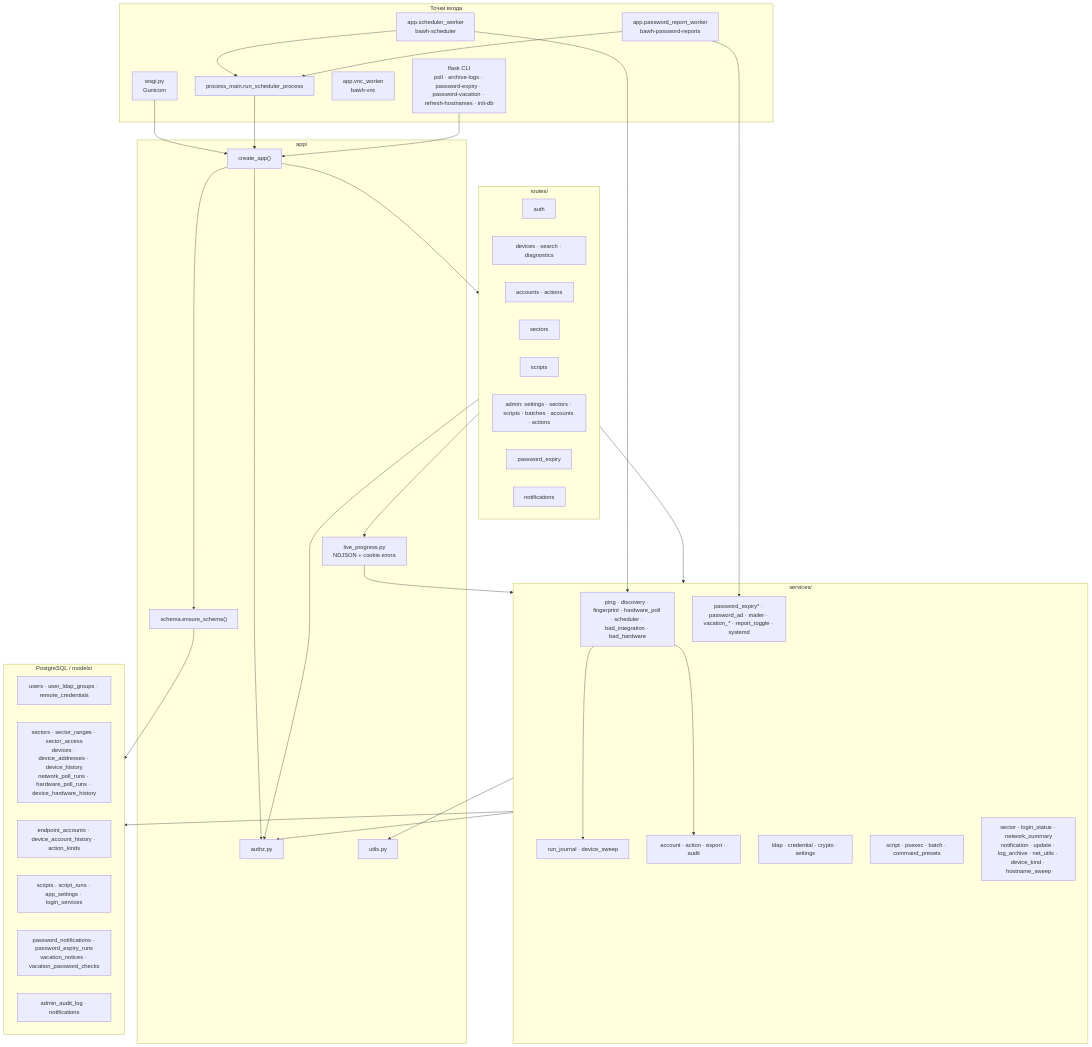
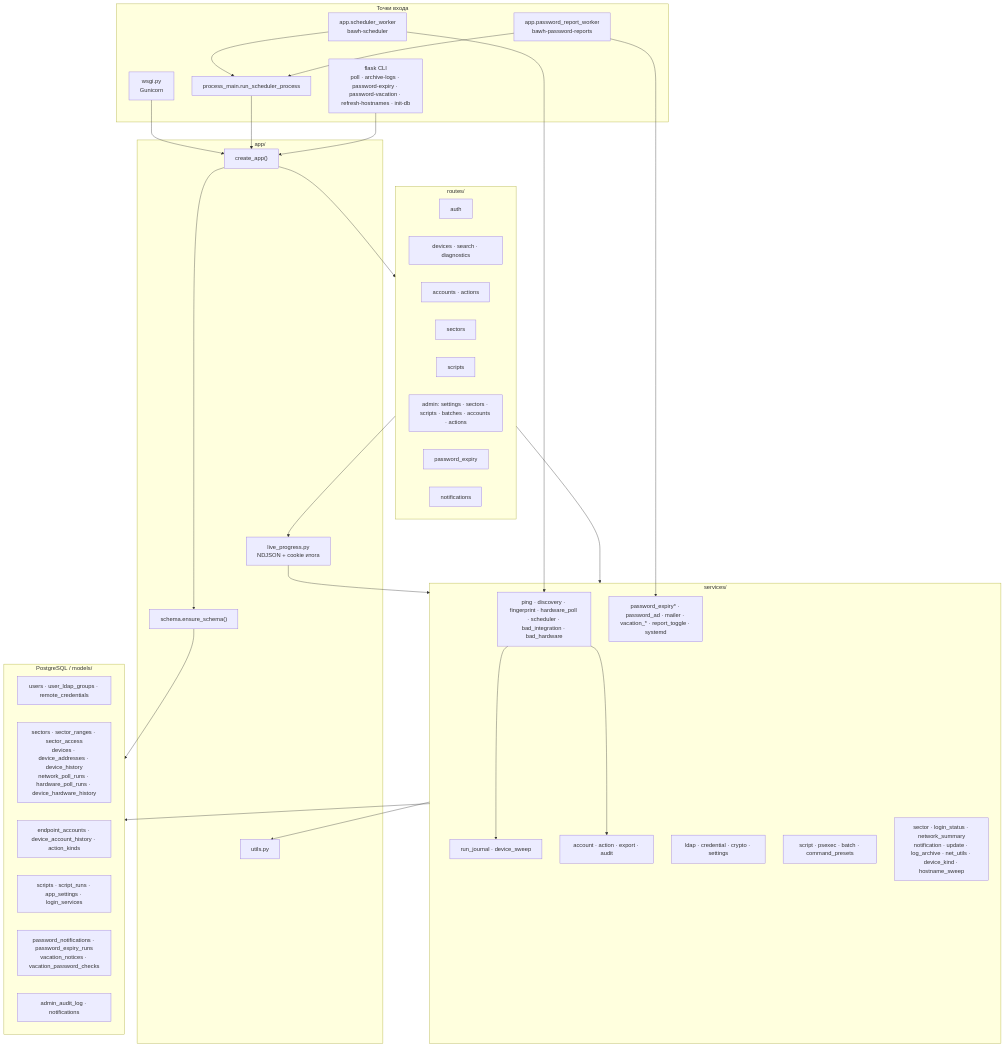
The first of 4 diagrams in docs/ARCHITECTURE.md (blazerity/admin-webhelper), drawn with Mermaid before and after one commit. The commit also changed other lines of this file and 98 other files, not shown here.

````diff
--- a/docs/ARCHITECTURE.md
+++ b/docs/ARCHITECTURE.md
@@ -127,70 +124,65 @@
 ```mermaid
 flowchart TB
   subgraph entry["Точки входа"]
     WSGI["wsgi.py<br/>Gunicorn"]
     LOOP["process_main.run_scheduler_process"]
     SCHED["app.scheduler_worker<br/>bawh-scheduler"]
     PWD_W["app.password_report_worker<br/>bawh-password-reports"]
-    VNC["app.vnc_worker<br/>bawh-vnc"]
     CLI["flask CLI<br/>poll · archive-logs · password-expiry · password-vacation · refresh-hostnames · init-db"]
   end
 
   subgraph app_core["app/"]
     CREATE["create_app()"]
     SCHEMA["schema.ensure_schema()"]
-    AUTH["authz.py"]
     LIVE["live_progress.py<br/>NDJSON + cookie итога"]
     UTILS["utils.py"]
   end
 
   subgraph http["routes/"]
     R_AUTH["auth"]
     R_DEV["devices · search · diagnostics"]
     R_ACC["accounts · actions"]
     R_SEC["sectors"]
     R_SCR["scripts"]
     R_ADM["admin: settings · sectors · scripts · batches · accounts · actions"]
     R_PWD["password_expiry"]
     R_NTF["notifications"]
   end
 
   subgraph services["services/"]
     S_POLL["ping · discovery · fingerprint · hardware_poll · scheduler · bad_integration · bad_hardware"]
     S_SHARE["run_journal · device_sweep"]
     S_ACC["account · action · export · audit"]
     S_ID["ldap · credential · crypto · settings"]
     S_RUN["script · psexec · batch · command_presets"]
     S_PWD["password_expiry* · password_ad · mailer · vacation_* · report_toggle · systemd"]
     S_OTH["sector · login_status · network_summary<br/>notification · update · log_archive · net_utils · device_kind · hostname_sweep"]
   end
 
   subgraph data["PostgreSQL / models/"]
     M_USER["users · user_ldap_groups · remote_credentials"]
     M_NET["sectors · sector_ranges · sector_access<br/>devices · device_addresses · device_history<br/>network_poll_runs · hardware_poll_runs · device_hardware_history"]
     M_ACC["endpoint_accounts · device_account_history · action_kinds"]
     M_SCR["scripts · script_runs · app_settings · login_services"]
     M_PWD["password_notifications · password_expiry_runs<br/>vacation_notices · vacation_password_checks"]
     M_NTF["admin_audit_log · notifications"]
   end
 
   WSGI --> CREATE
   SCHED --> LOOP
   PWD_W --> LOOP
   LOOP --> CREATE
   CLI --> CREATE
   CREATE --> SCHEMA
   CREATE --> http
-  CREATE --> AUTH
   http --> LIVE
   LIVE --> services
   http --> services
-  http --> AUTH
   SCHED --> S_POLL
   PWD_W --> S_PWD
   S_POLL --> S_SHARE
   services --> data
-  services --> AUTH
   services --> UTILS
   S_POLL --> S_ACC
   SCHEMA --> data
 ```
````
